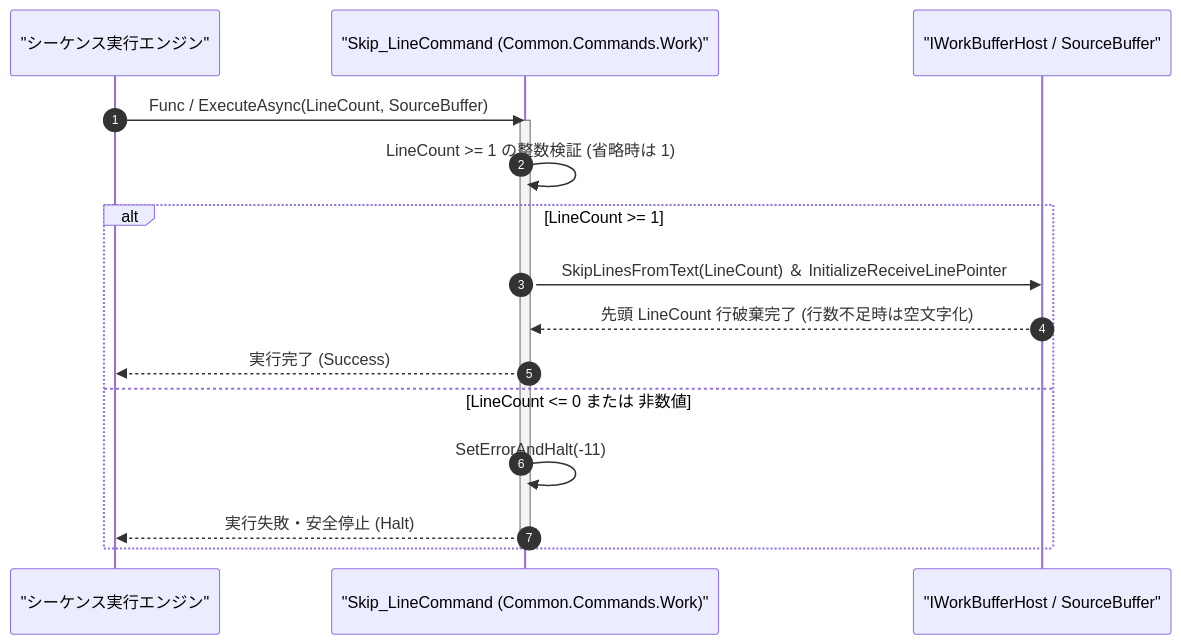
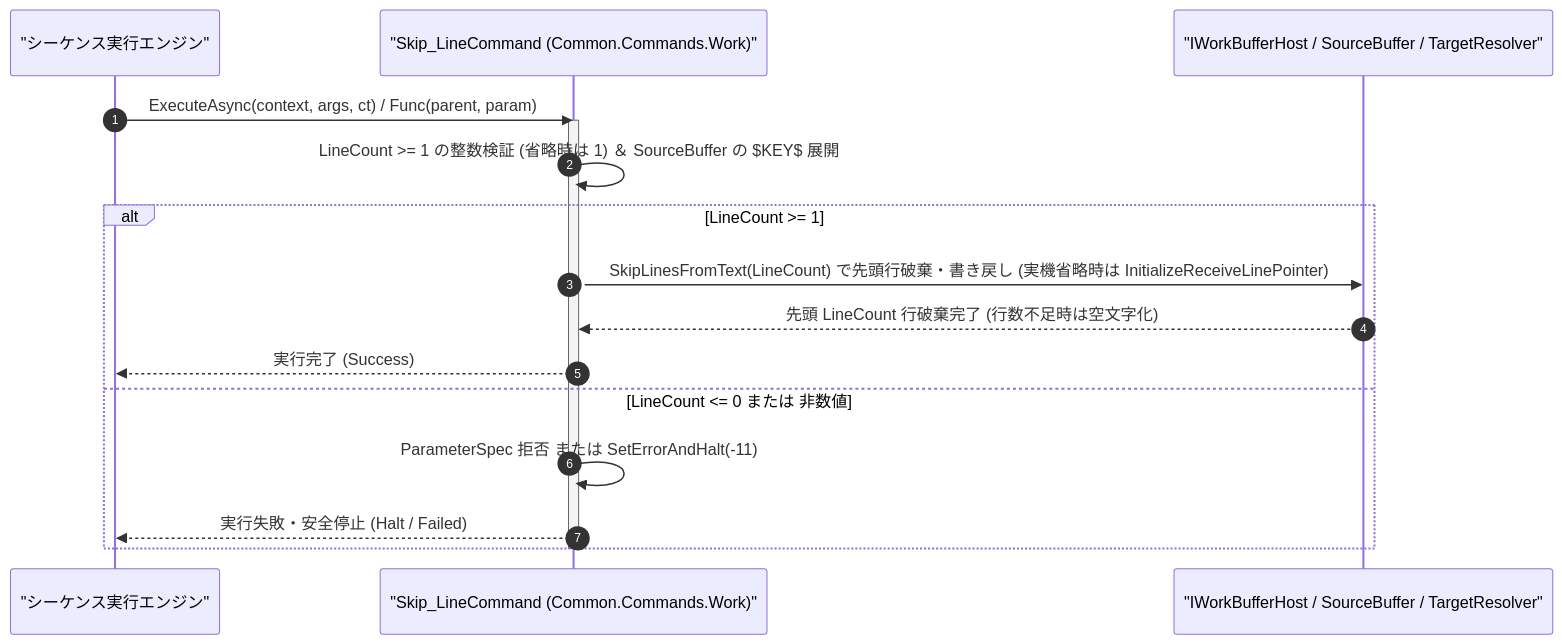
The diagram in Manual/Core/Work/Skip_Line.Md (Monaca-App/TermAddIn), drawn with Mermaid before and after one commit. The commit also changed other lines of this file and 157 other files, not shown here.

````diff
--- a/Manual/Core/Work/Skip_Line.Md
+++ b/Manual/Core/Work/Skip_Line.Md
@@ -69,20 +69,20 @@
 ```mermaid
 sequenceDiagram
     autonumber
     participant Engine as "シーケンス実行エンジン"
     participant Cmd as "Skip_LineCommand (Common.Commands.Work)"
-    participant Ring as "IWorkBufferHost / SourceBuffer"
+    participant Ring as "IWorkBufferHost / SourceBuffer / TargetResolver"
 
-    Engine->>Cmd: Func / ExecuteAsync(LineCount, SourceBuffer)
+    Engine->>Cmd: ExecuteAsync(context, args, ct) / Func(parent, param)
     activate Cmd
-    Cmd->>Cmd: LineCount >= 1 の整数検証 (省略時は 1)
+    Cmd->>Cmd: LineCount >= 1 の整数検証 (省略時は 1) ＆ SourceBuffer の $KEY$ 展開
     alt LineCount >= 1
-        Cmd->>Ring: SkipLinesFromText(LineCount) ＆ InitializeReceiveLinePointer
+        Cmd->>Ring: SkipLinesFromText(LineCount) で先頭行破棄・書き戻し (実機省略時は InitializeReceiveLinePointer)
         Ring-->>Cmd: 先頭 LineCount 行破棄完了 (行数不足時は空文字化)
         Cmd-->>Engine: 実行完了 (Success)
     else LineCount <= 0 または 非数値
-        Cmd->>Cmd: SetErrorAndHalt(-11)
-        Cmd-->>Engine: 実行失敗・安全停止 (Halt)
+        Cmd->>Cmd: ParameterSpec 拒否 または SetErrorAndHalt(-11)
+        Cmd-->>Engine: 実行失敗・安全停止 (Halt / Failed)
     end
     deactivate Cmd
 ```
````
